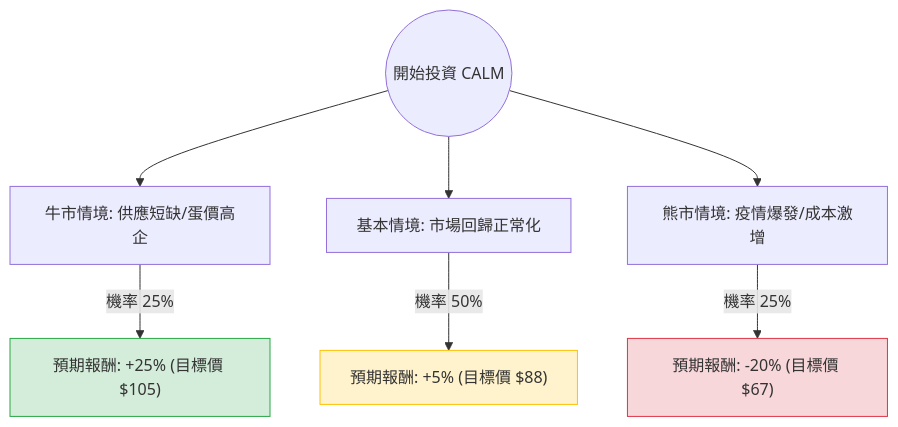
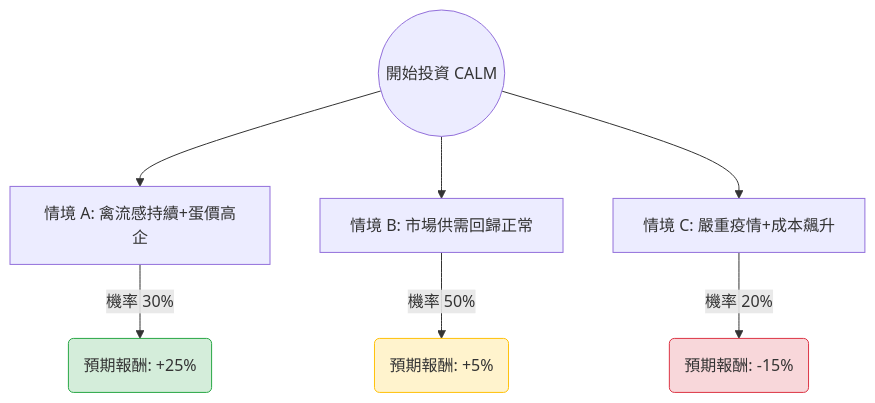
Before and after one commit to zmcx16/zmcx16.github.io: the diagram in plugin-react/ai-analysis/ev-analysis/CALM.md, drawn with Mermaid. The commit also changed other lines of this file and 68 other files, not shown here.

````diff
--- a/plugin-react/ai-analysis/ev-analysis/CALM.md
+++ b/plugin-react/ai-analysis/ev-analysis/CALM.md
@@ -20,14 +18,14 @@
 ```mermaid
 graph TD
-    Start((開始投資 CALM)) --> Bull[牛市情境: 供應短缺/蛋價高企]
-    Start --> Base[基本情境: 市場回歸正常化]
-    Start --> Bear[熊市情境: 疫情爆發/成本激增]
+    Start((開始投資 CALM)) --> ScenarioA[情境 A: 禽流感持續+蛋價高企]
+    Start --> ScenarioB[情境 B: 市場供需回歸正常]
+    Start --> ScenarioC[情境 C: 嚴重疫情+成本飆升]
 
-    Bull -- "機率 25%" --> BullResult["預期報酬: +25% (目標價 $105)"]
-    Base -- "機率 50%" --> BaseResult["預期報酬: +5% (目標價 $88)"]
-    Bear -- "機率 25%" --> BearResult["預期報酬: -20% (目標價 $67)"]
+    ScenarioA -- "機率 30%" --> OutcomeA1(預期報酬: +25%)
+    ScenarioB -- "機率 50%" --> OutcomeB1(預期報酬: +5%)
+    ScenarioC -- "機率 20%" --> OutcomeC1(預期報酬: -15%)
 
-    style BullResult fill:#d4edda,stroke:#28a745
-    style BaseResult fill:#fff3cd,stroke:#ffc107
-    style BearResult fill:#f8d7da,stroke:#dc3545
+    style OutcomeA1 fill:#d4edda,stroke:#28a745
+    style OutcomeB1 fill:#fff3cd,stroke:#ffc107
+    style OutcomeC1 fill:#f8d7da,stroke:#dc3545
 ```
````
